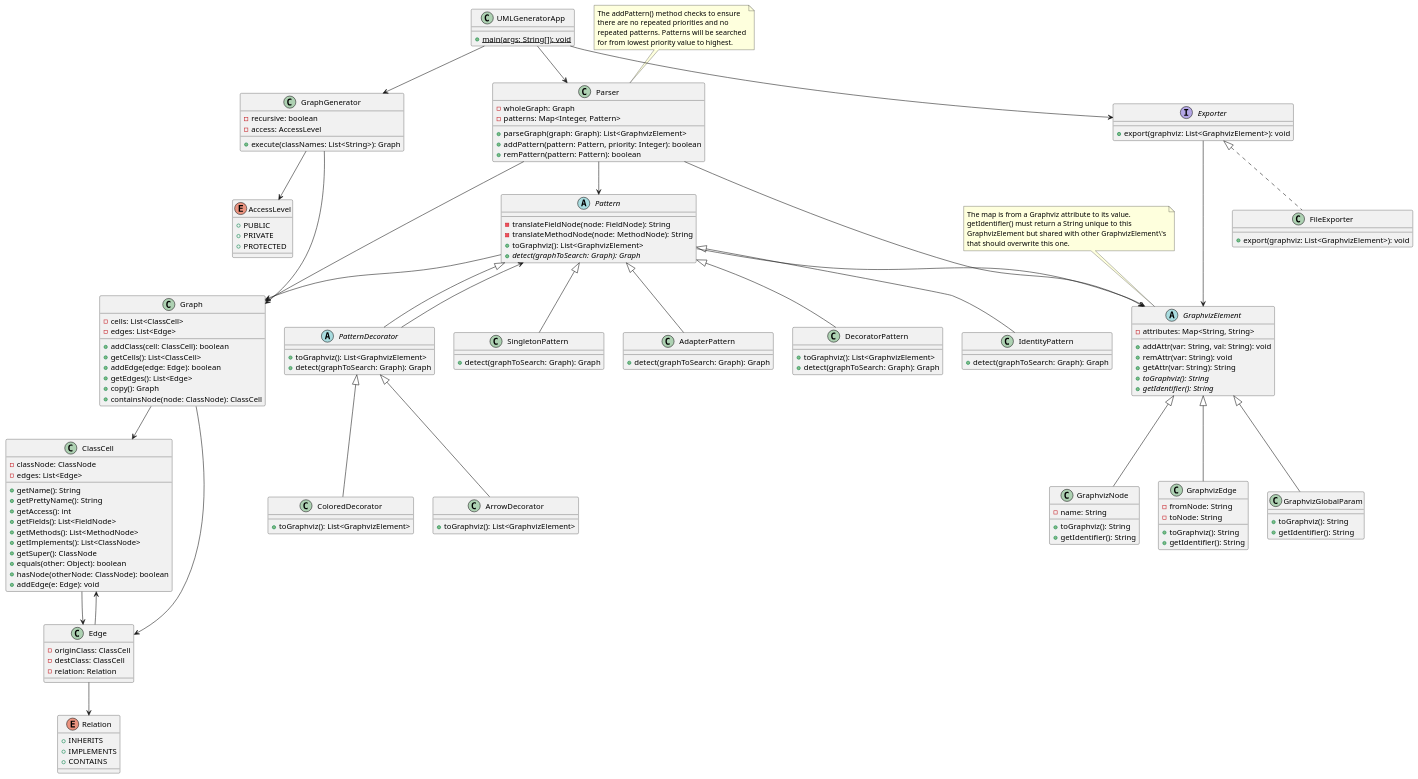
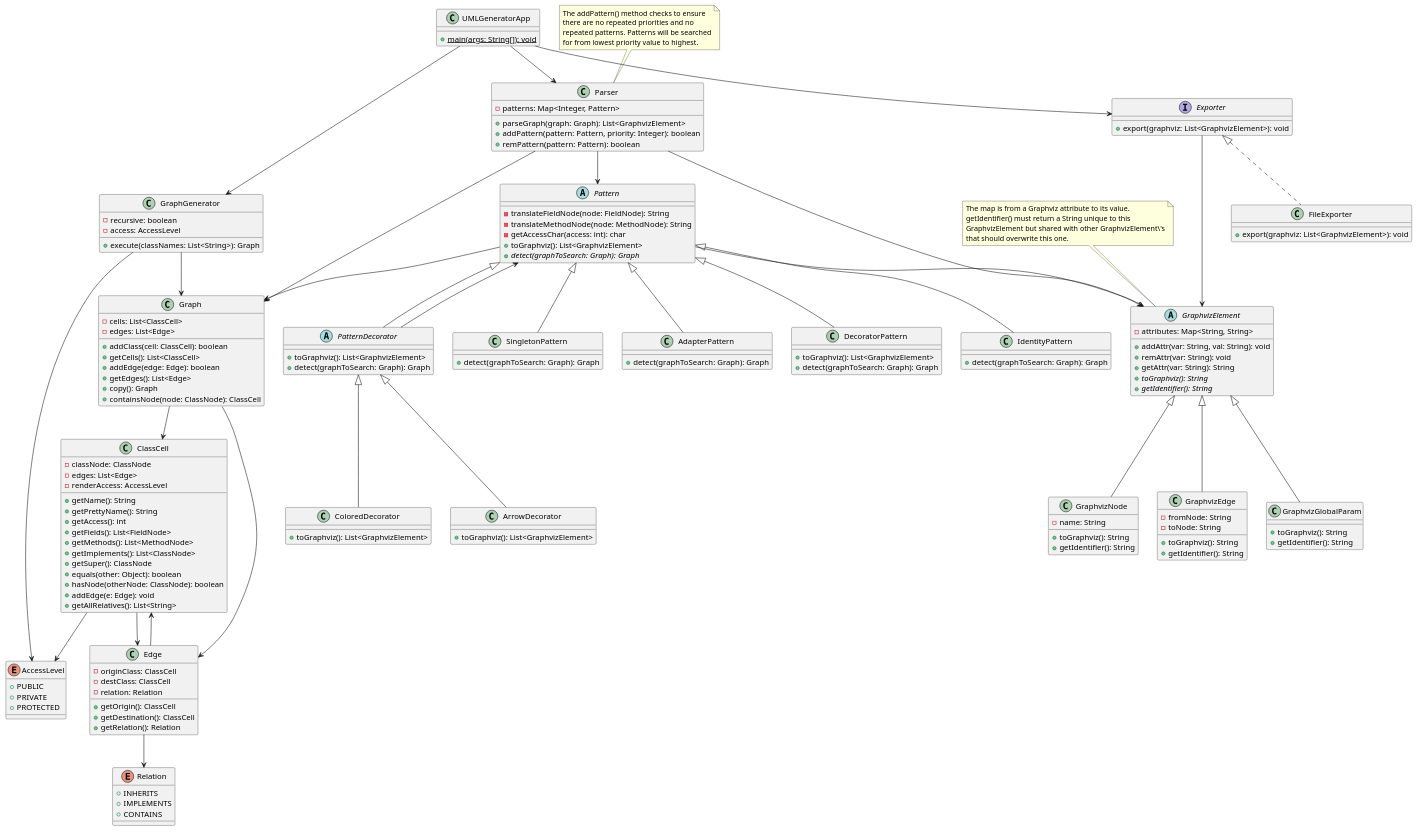
Before and after one commit to kgroble/uml-generator: the diagram in docs/uml.puml, drawn with PlantUML. The commit also changed 2 other files, not shown here.

Commit message:
Updated UML.

```diff
--- a/docs/uml.puml
+++ b/docs/uml.puml
@@ -1,166 +1,171 @@
 @startuml
 class UMLGeneratorApp {
 + {static} main(args: String[]): void
 }
 
 class GraphGenerator {
 - recursive: boolean
 - access: AccessLevel
 + execute(classNames: List<String>): Graph
 }
 
 enum AccessLevel {
 + PUBLIC
 + PRIVATE
 + PROTECTED
 }
 
 class ClassCell {
 - classNode: ClassNode
 - edges: List<Edge>
-
+- renderAccess: AccessLevel
 + getName(): String
 + getPrettyName(): String
 + getAccess(): int
 + getFields(): List<FieldNode>
 + getMethods(): List<MethodNode>
 + getImplements(): List<ClassNode>
 + getSuper(): ClassNode
 + equals(other: Object): boolean
 + hasNode(otherNode: ClassNode): boolean
 + addEdge(e: Edge): void
++ getAllRelatives(): List<String>
 }
 
 class Edge {
 - originClass: ClassCell
 - destClass: ClassCell
 - relation: Relation
++ getOrigin(): ClassCell
++ getDestination(): ClassCell
++ getRelation(): Relation
 }
 
 class Parser {
-- wholeGraph: Graph
 - patterns: Map<Integer, Pattern>
 + parseGraph(graph: Graph): List<GraphvizElement>
 + addPattern(pattern: Pattern, priority: Integer): boolean
 + remPattern(pattern: Pattern): boolean
 }
 note top of Parser
   The addPattern() method checks to ensure
   there are no repeated priorities and no
   repeated patterns. Patterns will be searched
   for from lowest priority value to highest.
 end note
 
 class Graph {
 - cells: List<ClassCell>
 - edges: List<Edge>
 + addClass(cell: ClassCell): boolean
 + getCells(): List<ClassCell>
 + addEdge(edge: Edge): boolean
 + getEdges(): List<Edge>
 + copy(): Graph
 + containsNode(node: ClassNode): ClassCell
 }
 
 abstract class Pattern {
 - translateFieldNode(node: FieldNode): String
 - translateMethodNode(node: MethodNode): String
+- getAccessChar(access: int): char
 + toGraphviz(): List<GraphvizElement>
 + {abstract} detect(graphToSearch: Graph): Graph
 }
 
 abstract class PatternDecorator extends Pattern {
 + toGraphviz(): List<GraphvizElement>
 + detect(graphToSearch: Graph): Graph
 }
 
 class ColoredDecorator extends PatternDecorator {
 + toGraphviz(): List<GraphvizElement>
 }
 
 class ArrowDecorator extends PatternDecorator {
 + toGraphviz(): List<GraphvizElement>
 }
 
 class SingletonPattern extends Pattern {
 + detect(graphToSearch: Graph): Graph
 }
 
 class AdapterPattern extends Pattern {
 + detect(graphToSearch: Graph): Graph
 }
 
 class DecoratorPattern extends Pattern {
 + toGraphviz(): List<GraphvizElement>
 + detect(graphToSearch: Graph): Graph
 }
 
 class IdentityPattern extends Pattern {
 + detect(graphToSearch: Graph): Graph
 }
 
 enum Relation {
 + INHERITS
 + IMPLEMENTS
 + CONTAINS
 }
 
 abstract class GraphvizElement {
 - attributes: Map<String, String>
 + addAttr(var: String, val: String): void
 + remAttr(var: String): void
 + getAttr(var: String): String
 + {abstract} toGraphviz(): String
 + {abstract} getIdentifier(): String
 }
 note top of GraphvizElement
   The map is from a Graphviz attribute to its value.
   getIdentifier() must return a String unique to this
   GraphvizElement but shared with other GraphvizElement\'s
   that should overwrite this one.
 end note
 
 class GraphvizNode extends GraphvizElement {
 - name: String
 + toGraphviz(): String
 + getIdentifier(): String
 }
 
 class GraphvizEdge extends GraphvizElement {
 - fromNode: String
 - toNode: String
 + toGraphviz(): String
 + getIdentifier(): String
 }
 
 class GraphvizGlobalParam extends GraphvizElement {
 + toGraphviz(): String
 + getIdentifier(): String
 }
 
 interface Exporter {
 + export(graphviz: List<GraphvizElement>): void
 }
 
 class FileExporter implements Exporter {
 + export(graphviz: List<GraphvizElement>): void
 }
 
 UMLGeneratorApp --> GraphGenerator
 UMLGeneratorApp --> Parser
 UMLGeneratorApp --> Exporter
 GraphGenerator --> Graph
 GraphGenerator --> AccessLevel
 ClassCell --> Edge
+ClassCell --> AccessLevel
 Edge --> ClassCell
 Edge --> Relation
 Parser --> Pattern
 Pattern --> Graph
 PatternDecorator --> Pattern
 Pattern --> GraphvizElement
 Graph --> ClassCell
 Graph --> Edge
 Parser --> Graph
 Parser --> GraphvizElement
 Exporter --> GraphvizElement
 @enduml
```
